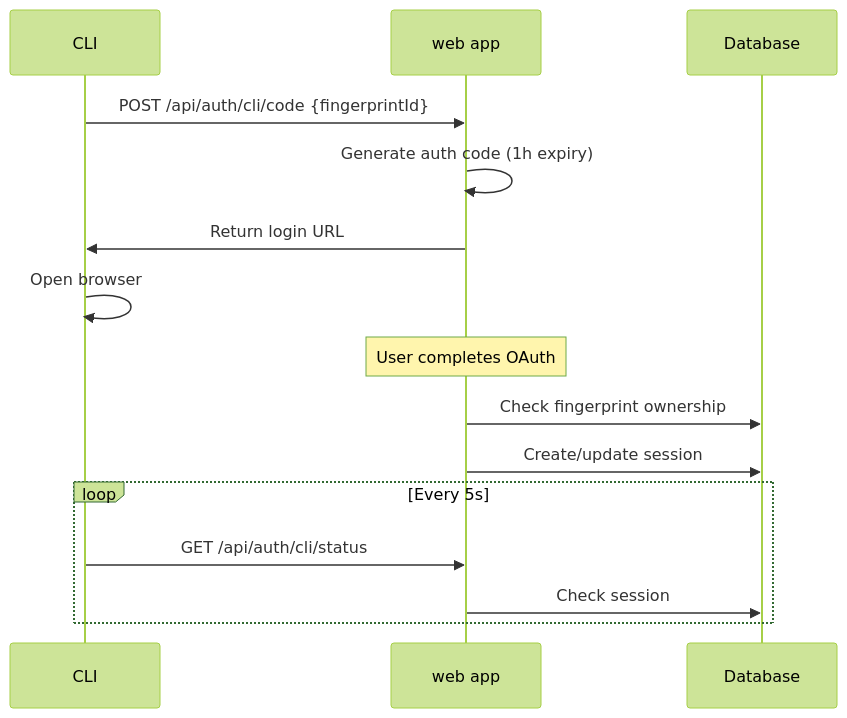
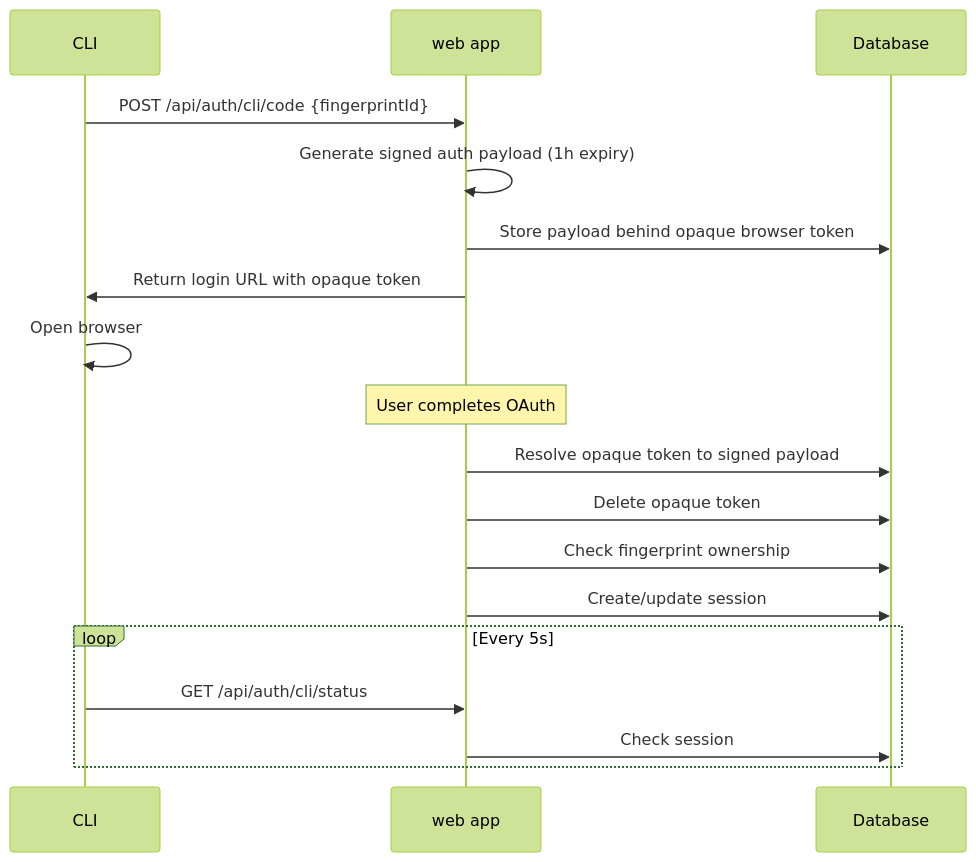
One commit to innotelinc/jesus changed the diagram in apps/freebuff/docs/authentication.md. Above: the diagram before and after it, drawn with Mermaid (forest theme). The commit also changed other lines of this file and 10 other files, not shown here.

Commit message:
Tighten opaque CLI auth tokens (#628)

````diff
--- a/apps/freebuff/docs/authentication.md
+++ b/apps/freebuff/docs/authentication.md
@@ -9,18 +9,21 @@
 ```mermaid
 sequenceDiagram
     participant CLI as CLI
     participant Web as web app
     participant DB as Database
 
     CLI->>Web: POST /api/auth/cli/code {fingerprintId}
-    Web->>Web: Generate auth code (1h expiry)
-    Web->>CLI: Return login URL
+    Web->>Web: Generate signed auth payload (1h expiry)
+    Web->>DB: Store payload behind opaque browser token
+    Web->>CLI: Return login URL with opaque token
     CLI->>CLI: Open browser
     Note over Web: User completes OAuth
+    Web->>DB: Resolve opaque token to signed payload
+    Web->>DB: Delete opaque token
     Web->>DB: Check fingerprint ownership
     Web->>DB: Create/update session
     loop Every 5s
         CLI->>Web: GET /api/auth/cli/status
         Web->>DB: Check session
     end
 ```
````
